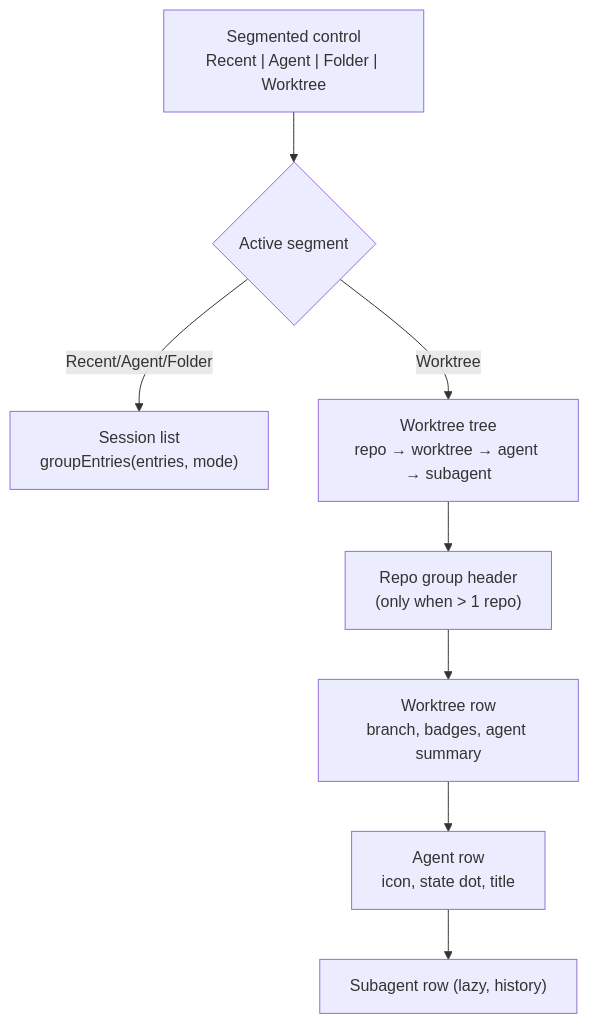
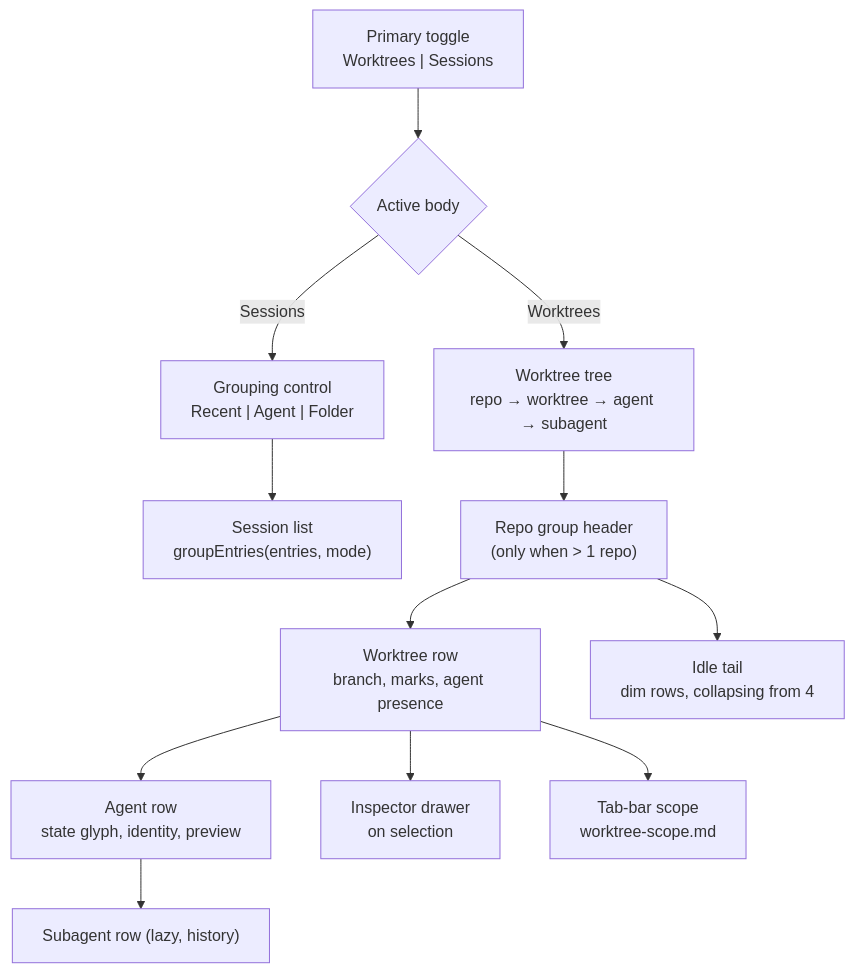
The diagram in docs/design/worktree-panel-ui.md (Asimov-Syntax/anywhere-terminal), drawn with Mermaid before and after one commit. The commit also changed other lines of this file and 8 other files, not shown here.

First line of the commit message:
docs: blueprint phases 8-10 — scope, ceiling, and the worktree-first panel

````diff
--- a/docs/design/worktree-panel-ui.md
+++ b/docs/design/worktree-panel-ui.md
@@ -13,10 +15,14 @@
 ```mermaid
 graph TD
-    SEG["Segmented control<br>Recent | Agent | Folder | Worktree"] --> DECIDE{"Active segment"}
-    DECIDE -->|Recent/Agent/Folder| SESSIONS["Session list<br>groupEntries(entries, mode)"]
-    DECIDE -->|Worktree| TREE["Worktree tree<br>repo → worktree → agent → subagent"]
+    TOG["Primary toggle<br>Worktrees | Sessions"] --> DECIDE{"Active body"}
+    DECIDE -->|Sessions| GRP["Grouping control<br>Recent | Agent | Folder"]
+    GRP --> SESSIONS["Session list<br>groupEntries(entries, mode)"]
+    DECIDE -->|Worktrees| TREE["Worktree tree<br>repo → worktree → agent → subagent"]
     TREE --> REPO["Repo group header<br>(only when > 1 repo)"]
-    REPO --> WT["Worktree row<br>branch, badges, agent summary"]
-    WT --> AGENT["Agent row<br>icon, state dot, title"]
+    REPO --> WT["Worktree row<br>branch, marks, agent presence"]
+    REPO --> TAIL["Idle tail<br>dim rows, collapsing from 4"]
+    WT --> AGENT["Agent row<br>state glyph, identity, preview"]
     AGENT --> SUB["Subagent row (lazy, history)"]
+    WT --> INSP["Inspector drawer<br>on selection"]
+    WT --> SCOPE["Tab-bar scope<br>worktree-scope.md"]
 ```
````
